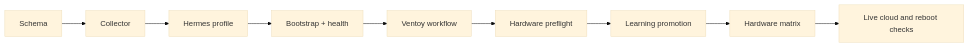
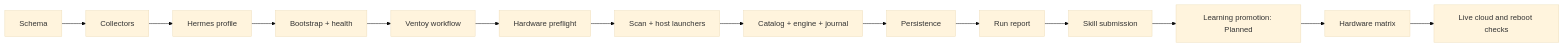
One commit to ahliweb/linux-mint-xfce-rescue-ai changed diagram 14 of 16 in docs/design.md. Above: the diagram before and after it, drawn with Mermaid (base theme). The commit also changed other lines of this file and 1 other file, not shown here.

First line of the commit message:
docs: rewrite README (status table, quick starts) and design (whole-flow diagrams)

````diff
--- a/docs/design.md
+++ b/docs/design.md
@@ -246,11 +341,16 @@
 ```mermaid
 flowchart LR
-    S1[Schema] --> S2[Collector]
+    S1[Schema] --> S2[Collectors]
     S2 --> S3[Hermes profile]
     S3 --> S4[Bootstrap + health]
     S4 --> S5[Ventoy workflow]
     S5 --> S6[Hardware preflight]
-    S6 --> S7[Learning promotion]
-    S7 --> S8[Hardware matrix]
-    S8 --> S9[Live cloud and reboot checks]
+    S6 --> S7[Scan + host launchers]
+    S7 --> S8[Catalog + engine + journal]
+    S8 --> S9[Persistence]
+    S9 --> S10[Run report]
+    S10 --> S11[Skill submission]
+    S11 --> S12[Learning promotion: Planned]
+    S12 --> S13[Hardware matrix]
+    S13 --> S14[Live cloud and reboot checks]
 ```
````
